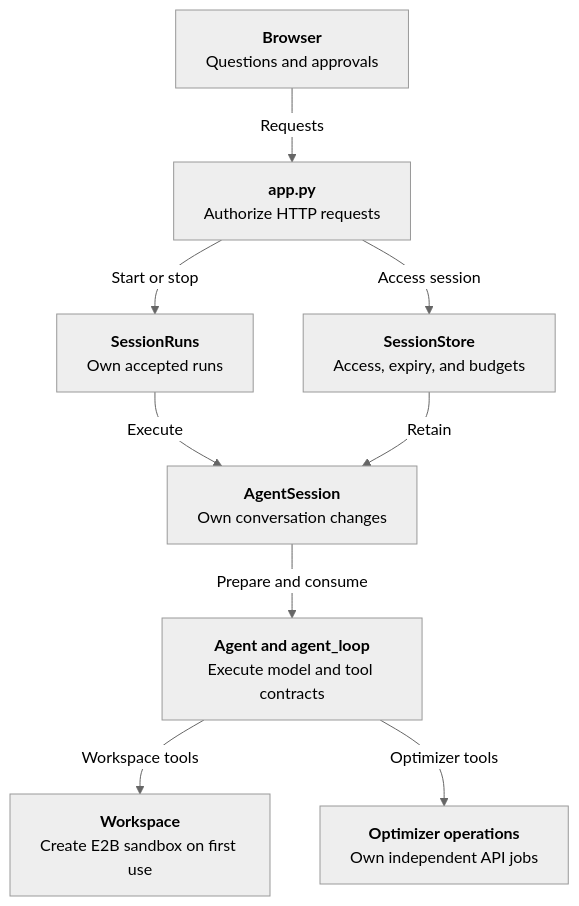
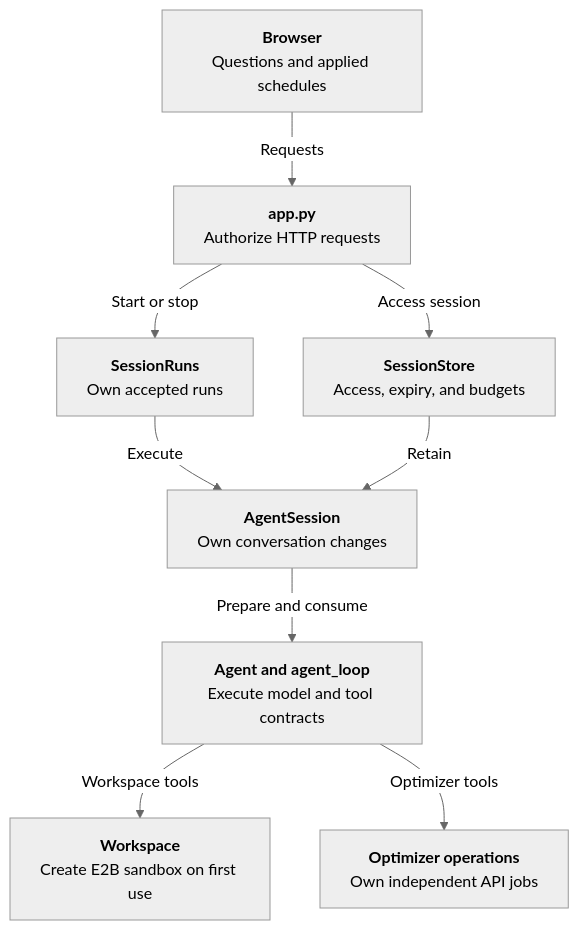
Before and after one commit to j3soon/nurse-scheduling: the first of 6 diagrams in docs/content/developer-guide/ai-assistant.md, drawn with Mermaid (neutral theme). The commit also changed other lines of this file and 72 other files, not shown here.

````diff
--- a/docs/content/developer-guide/ai-assistant.md
+++ b/docs/content/developer-guide/ai-assistant.md
@@ -42,19 +42,19 @@
 ```mermaid
 flowchart TB
-    Browser["<b>Browser</b><br/>Questions and approvals"]
+    Browser["<b>Browser</b><br/>Questions and applied schedules"]
     Routes["<b>app.py</b><br/>Authorize HTTP requests"]
     Runs["<b>SessionRuns</b><br/>Own accepted runs"]
     Store["<b>SessionStore</b><br/>Access, expiry, and budgets"]
     Session["<b>AgentSession</b><br/>Own conversation changes"]
     Agent["<b>Agent and agent_loop</b><br/>Execute model and tool contracts"]
     Workspace["<b>Workspace</b><br/>Create E2B sandbox on first use"]
     Optimizer["<b>Optimizer operations</b><br/>Own independent API jobs"]
     Browser -->|Requests| Routes
     Routes -->|Start or stop| Runs
     Routes -->|Access session| Store
     Runs -->|Execute| Session
     Store -->|Retain| Session
     Session -->|Prepare and consume| Agent
     Agent -->|Workspace tools| Workspace
     Agent -->|Optimizer tools| Optimizer
 ```
````
